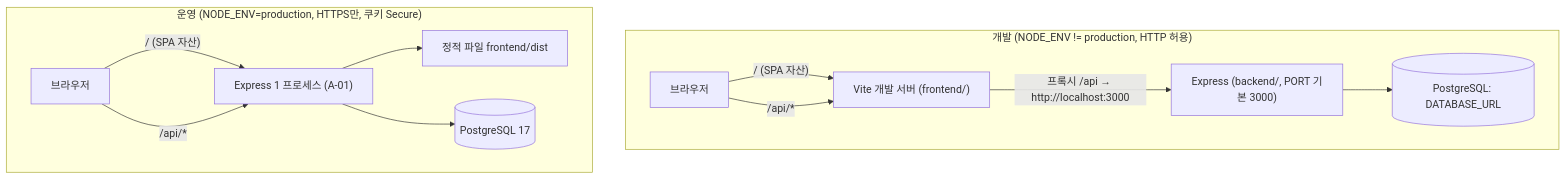
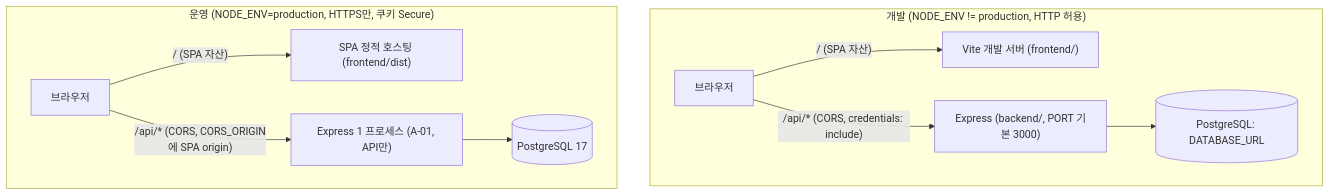
Before and after one commit to okbaronok2-tech/todolist_app: the second of 15 diagrams in docs/6-arch-diagram.md, drawn with Mermaid. The commit also changed other lines of this file and 22 other files, not shown here.

````diff
--- a/docs/6-arch-diagram.md
+++ b/docs/6-arch-diagram.md
@@ -67,24 +68,22 @@
 ```mermaid
 flowchart TB
     subgraph DEV["개발 (NODE_ENV != production, HTTP 허용)"]
         DB1["브라우저"]
         DV["Vite 개발 서버 (frontend/)"]
         DE["Express (backend/, PORT 기본 3000)"]
         DP[("PostgreSQL: DATABASE_URL")]
         DB1 -->|"/ (SPA 자산)"| DV
-        DB1 -->|"/api/*"| DV
-        DV -->|"프록시 /api → http://localhost:3000"| DE
+        DB1 -->|"/api/* (CORS, credentials: include)"| DE
         DE --> DP
     end
 
     subgraph PROD["운영 (NODE_ENV=production, HTTPS만, 쿠키 Secure)"]
         PB["브라우저"]
-        PE["Express 1 프로세스 (A-01)"]
-        PS["정적 파일 frontend/dist"]
+        PE["Express 1 프로세스 (A-01, API만)"]
+        PS["SPA 정적 호스팅 (frontend/dist)"]
         PP[("PostgreSQL 17")]
-        PB -->|"/ (SPA 자산)"| PE
-        PB -->|"/api/*"| PE
-        PE --> PS
+        PB -->|"/ (SPA 자산)"| PS
+        PB -->|"/api/* (CORS, CORS_ORIGIN에 SPA origin)"| PE
         PE --> PP
     end
 ```
````
